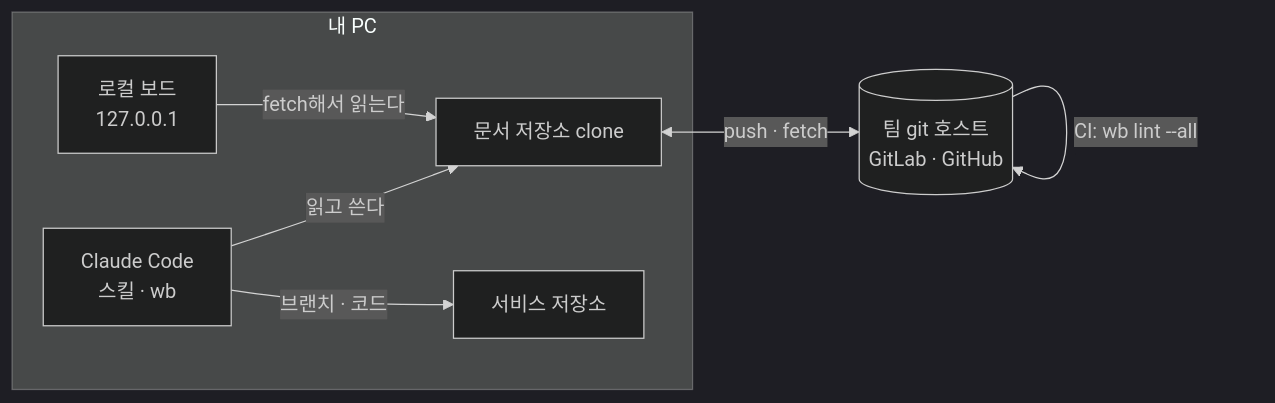
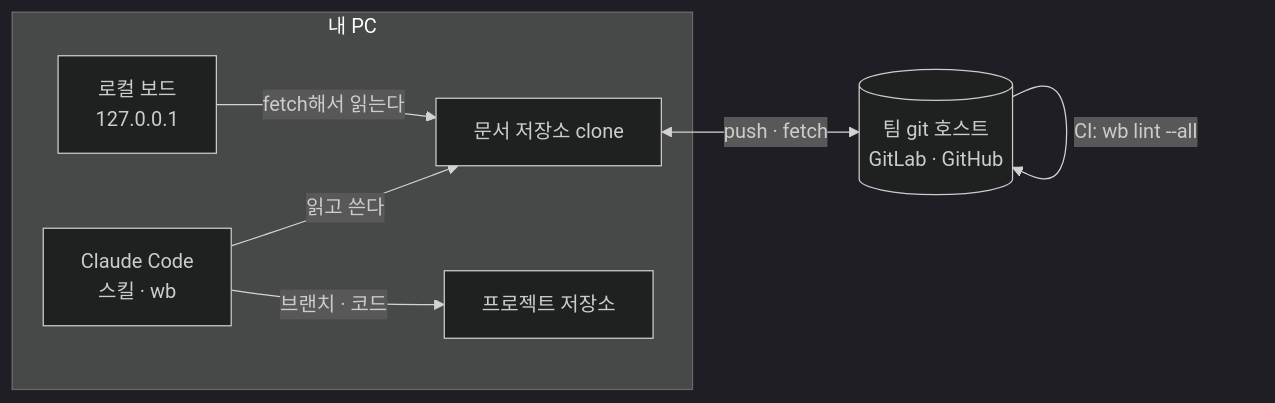
The first of 2 diagrams in README.md (JongWoong88/workbench-engine), drawn with Mermaid (dark theme) before and after one commit. The commit also changed other lines of this file and 7 other files, not shown here.

````diff
--- a/README.md
+++ b/README.md
@@ -178,10 +67,10 @@
 ```mermaid
 flowchart LR
   subgraph PC["내 PC"]
     CC["Claude Code<br>스킬 · wb"] -->|읽고 쓴다| DOC["문서 저장소 clone"]
-    CC -->|브랜치 · 코드| SVC["서비스 저장소"]
+    CC -->|브랜치 · 코드| SVC["프로젝트 저장소"]
     BOARD["로컬 보드<br>127.0.0.1"] -->|fetch해서 읽는다| DOC
   end
   DOC <-->|push · fetch| REMOTE[("팀 git 호스트<br>GitLab · GitHub")]
   REMOTE -->|CI: wb lint --all| REMOTE
 ```
````
